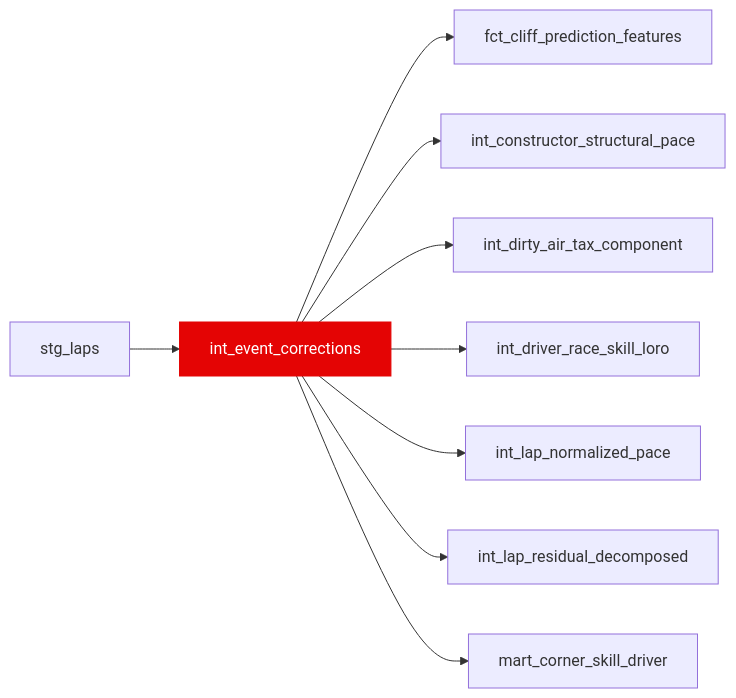
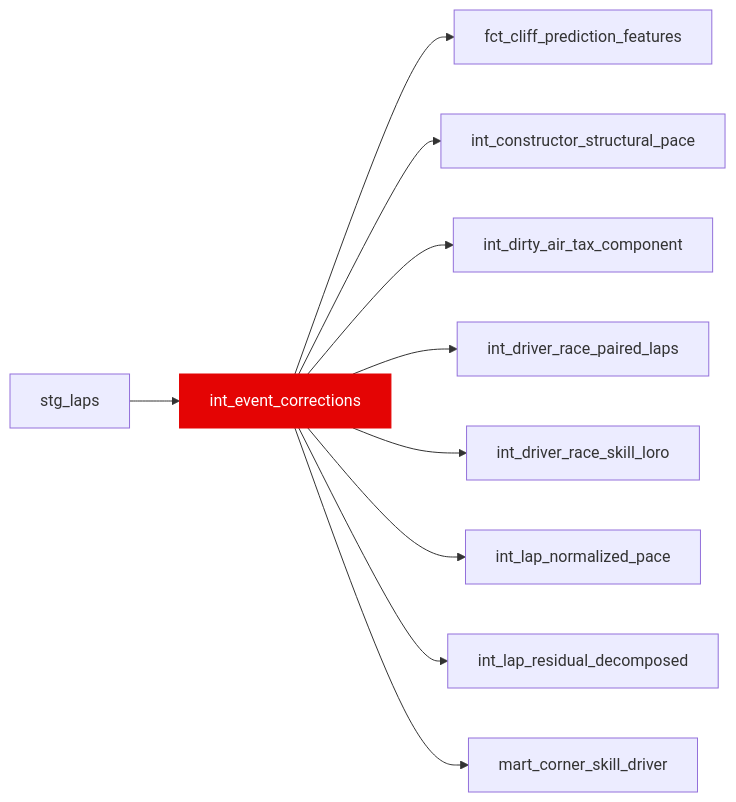
One commit to JustinClarke/off-the-pace changed the diagram in docs/reference/models/int/int_event_corrections.mdx. Above: the diagram before and after it, drawn with Mermaid. The commit also changed 286 other files, not shown here.

````diff
--- a/docs/reference/models/int/int_event_corrections.mdx
+++ b/docs/reference/models/int/int_event_corrections.mdx
@@ -15,12 +15,13 @@
 ```mermaid
 flowchart LR
   stg_laps --> int_event_corrections
   int_event_corrections --> fct_cliff_prediction_features
   int_event_corrections --> int_constructor_structural_pace
   int_event_corrections --> int_dirty_air_tax_component
+  int_event_corrections --> int_driver_race_paired_laps
   int_event_corrections --> int_driver_race_skill_loro
   int_event_corrections --> int_lap_normalized_pace
   int_event_corrections --> int_lap_residual_decomposed
   int_event_corrections --> mart_corner_skill_driver
   style int_event_corrections fill:#e40404,stroke:#e40404,color:#fff
 ```
````
